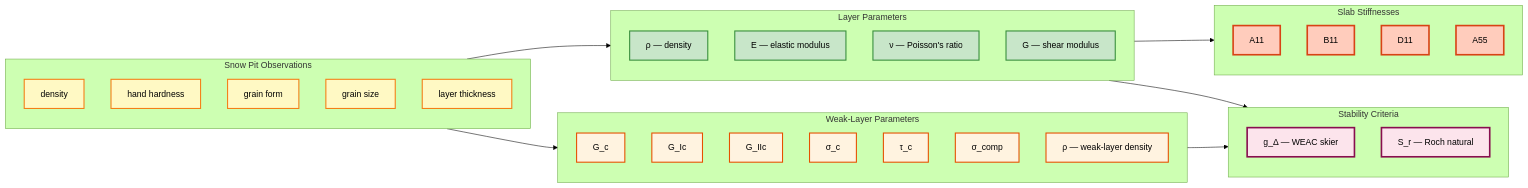
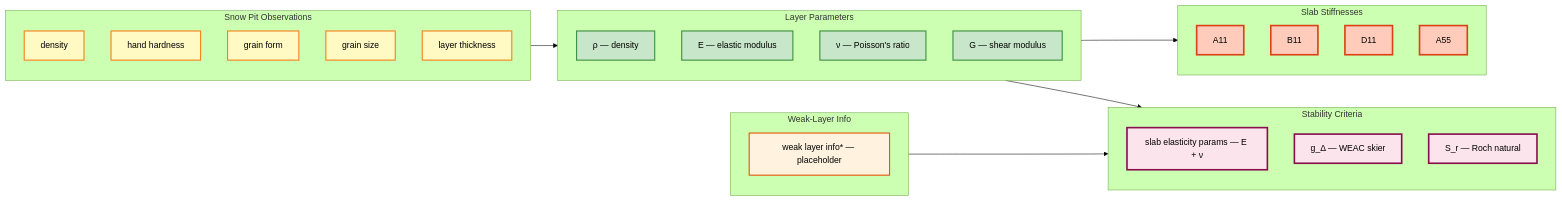
One commit to connellymk/SnowPyt-MechParams changed the diagram in docs/diagrams/overview.md. Above: the diagram before and after it, drawn with Mermaid (forest theme). The commit also changed 33 other files, not shown here.

Commit message:
remove weak layer code

````diff
--- a/docs/diagrams/overview.md
+++ b/docs/diagrams/overview.md
@@ -3,60 +3,54 @@
 ```mermaid
 graph LR
 
     subgraph INPUTS[Snow Pit Observations]
         meas_density[density]
         meas_hh[hand hardness]
         meas_gf[grain form]
         meas_gs[grain size]
         meas_thick[layer thickness]
     end
 
     subgraph LAYER[Layer Parameters]
         rho[ρ — density]
         E[E — elastic modulus]
         nu[ν — Poisson's ratio]
         G[G — shear modulus]
     end
 
     subgraph SLAB[Slab Stiffnesses]
         A11[A11]
         B11[B11]
         D11[D11]
         A55[A55]
     end
 
-    subgraph WEAKLAYER[Weak-Layer Parameters]
-        Gc[G_c]
-        GIc[G_Ic]
-        GIIc[G_IIc]
-        sigmac[σ_c]
-        tauc[τ_c]
-        sigcomp[σ_comp]
-        rho_wl[ρ — weak-layer density]
+    subgraph WEAKLAYER[Weak-Layer Info]
+        wl_info[weak layer info* — placeholder]
     end
 
     subgraph STABILITY[Stability Criteria]
+        elast[slab elasticity params — E + ν]
         gdelta[g_Δ — WEAC skier]
         sr[S_r — Roch natural]
     end
 
     %% Group-level data flow
     INPUTS --> LAYER
-    INPUTS --> WEAKLAYER
     LAYER --> SLAB
     LAYER --> STABILITY
     WEAKLAYER --> STABILITY
 
     %% Styling
     classDef inputGroup fill:#fff9c4,stroke:#f57f17,stroke-width:2px
     classDef layerGroup fill:#c8e6c9,stroke:#388e3c,stroke-width:2px
     classDef slabGroup fill:#ffccbc,stroke:#d84315,stroke-width:3px
     classDef wlGroup fill:#fff3e0,stroke:#e65100,stroke-width:2px
     classDef stabGroup fill:#fce4ec,stroke:#880e4f,stroke-width:3px
     
     class meas_density,meas_hh,meas_gf,meas_gs,meas_thick inputGroup
     class rho,E,nu,G layerGroup
     class A11,B11,D11,A55 slabGroup
-    class Gc,GIc,GIIc,sigmac,tauc,sigcomp,rho_wl wlGroup
-    class gdelta,sr,ssk stabGroup
+    class wl_info wlGroup
+    class elast,gdelta,sr stabGroup
 ```
````
